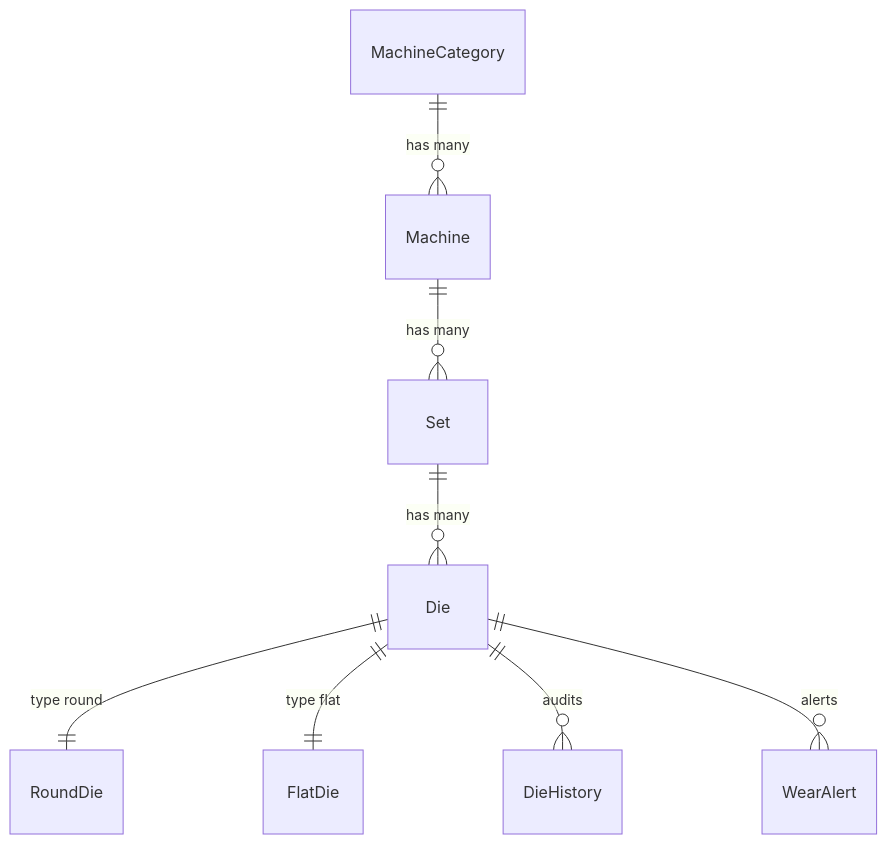
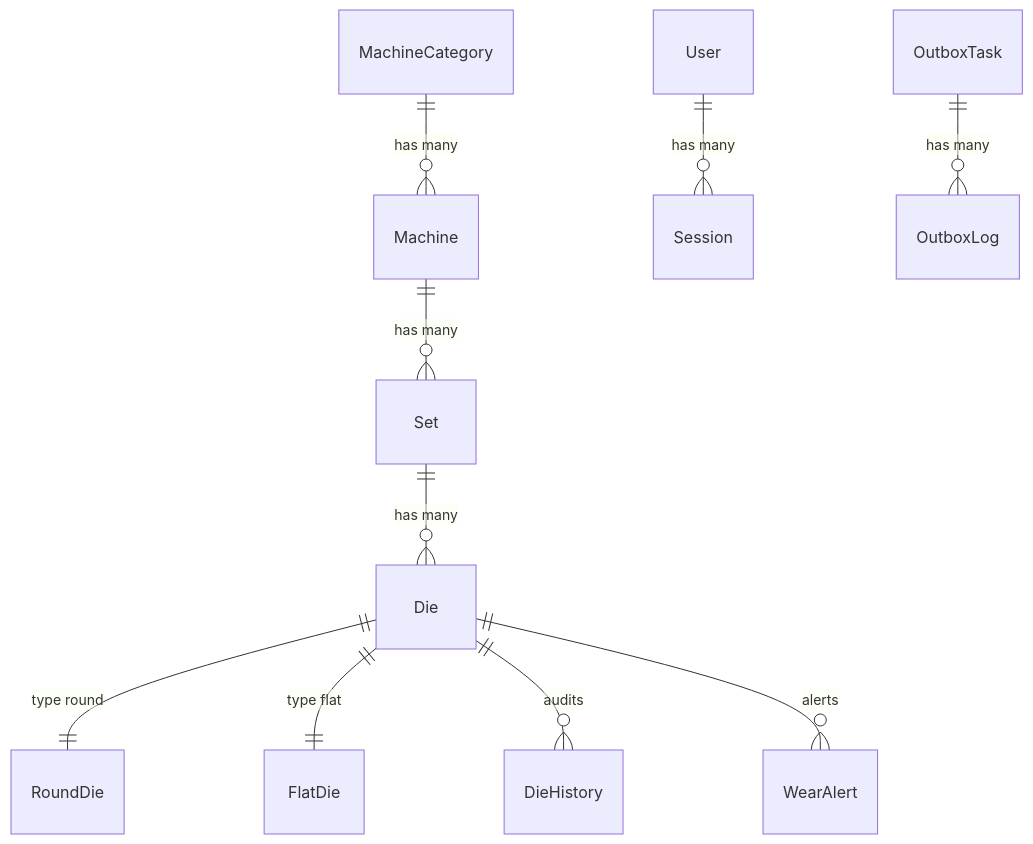
The diagram in .ai/architecture/database.md (sauryah/dms-o2), drawn with Mermaid before and after one commit. The commit also changed other lines of this file and 6 other files, not shown here.

````diff
--- a/.ai/architecture/database.md
+++ b/.ai/architecture/database.md
@@ -4,10 +10,12 @@
 ```mermaid
 erDiagram
     MachineCategory ||--o{ Machine : "has many"
     Machine ||--o{ Set : "has many"
     Set ||--o{ Die : "has many"
     Die ||--|| RoundDie : "type round"
     Die ||--|| FlatDie : "type flat"
     Die ||--o{ DieHistory : "audits"
     Die ||--o{ WearAlert : "alerts"
+    User ||--o{ Session : "has many"
+    OutboxTask ||--o{ OutboxLog : "has many"
 ```
````
